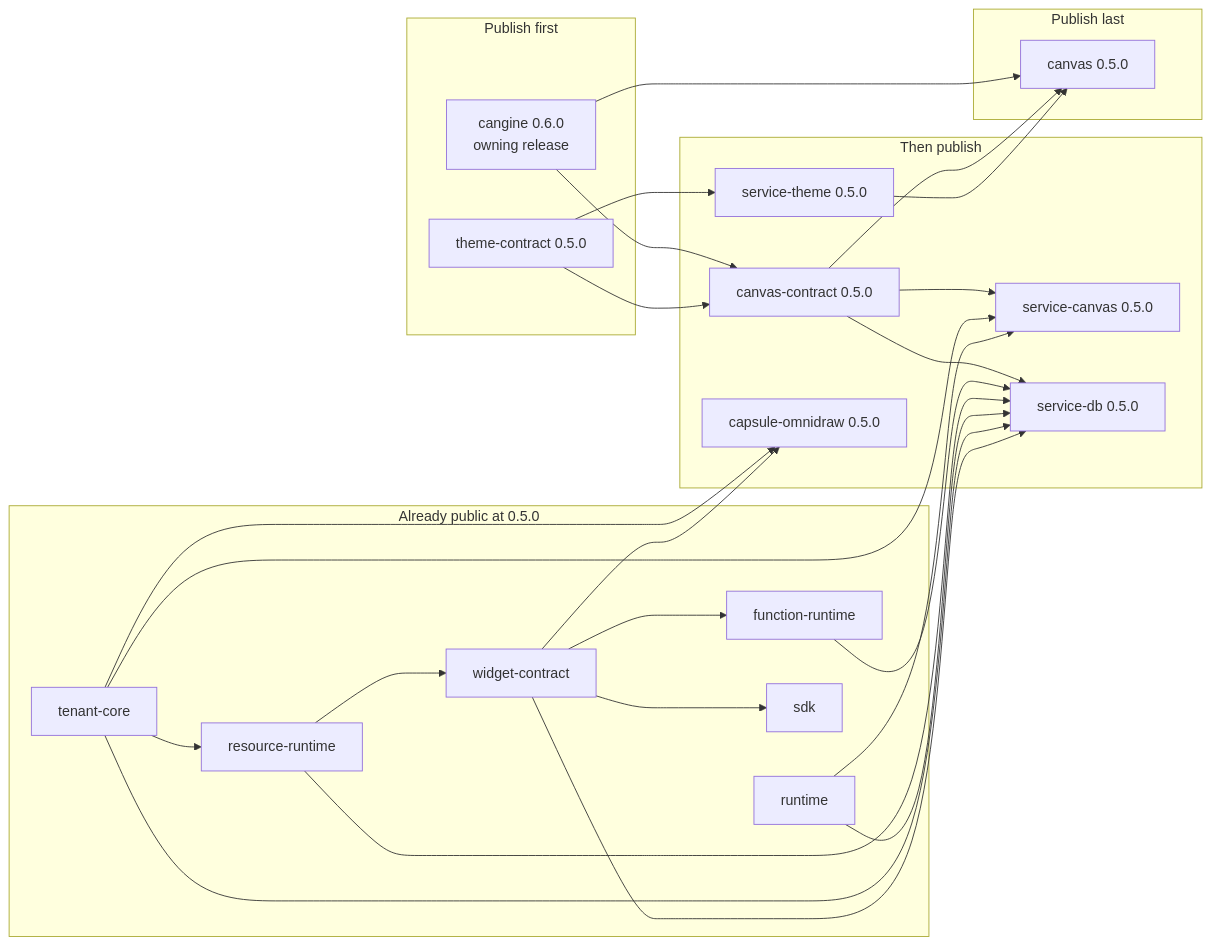
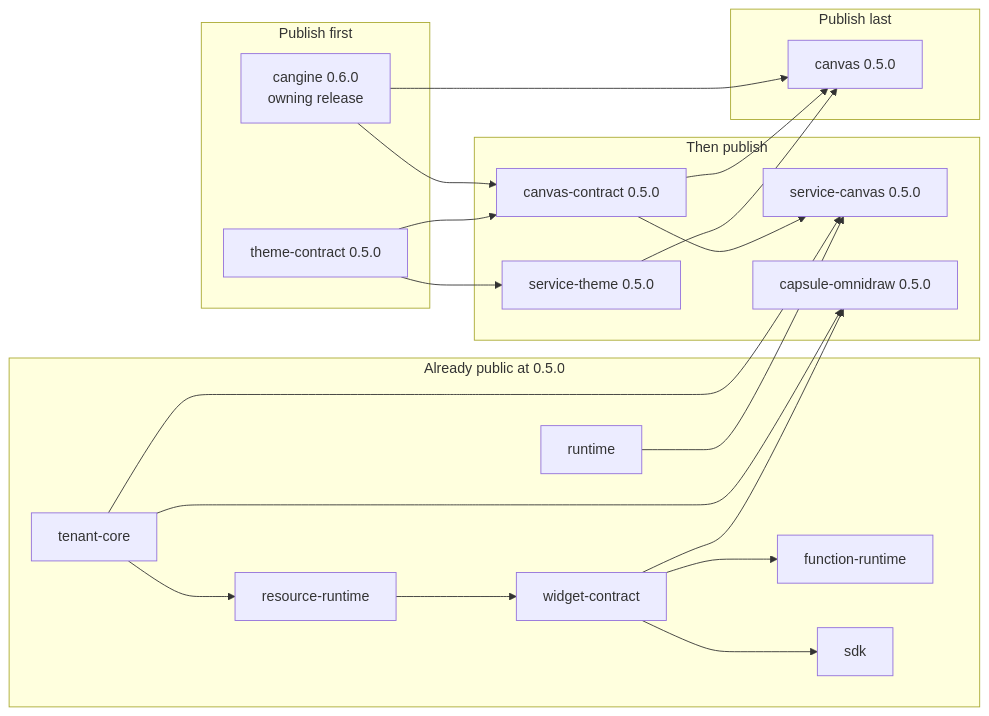
The diagram in tasks/d/D5.md (omnidraw/omnidraw), drawn with Mermaid before and after one commit. The commit also changed other lines of this file and 8 other files, not shown here.

````diff
--- a/tasks/d/D5.md
+++ b/tasks/d/D5.md
@@ -64,48 +67,41 @@
 ```mermaid
 flowchart LR
   subgraph Existing["Already public at 0.5.0"]
     Tenant["tenant-core"]
     Runtime["runtime"]
     Resource["resource-runtime"]
     Widget["widget-contract"]
     Function["function-runtime"]
     SDK["sdk"]
   end
 
   subgraph Prerequisites["Publish first"]
     Cangine["cangine 0.6.0<br/>owning release"]
     ThemeContract["theme-contract 0.5.0"]
   end
 
   subgraph ServerAndHost["Then publish"]
     CanvasContract["canvas-contract 0.5.0"]
     ServiceTheme["service-theme 0.5.0"]
     ServiceCanvas["service-canvas 0.5.0"]
-    ServiceDb["service-db 0.5.0"]
     CapsuleOmnidraw["capsule-omnidraw 0.5.0"]
   end
 
   subgraph Browser["Publish last"]
     Canvas["canvas 0.5.0"]
   end
 
   Tenant --> Resource --> Widget --> Function
   Widget --> SDK
   Cangine --> CanvasContract
   ThemeContract --> CanvasContract
   ThemeContract --> ServiceTheme
   CanvasContract --> ServiceCanvas
   Tenant --> ServiceCanvas
   Runtime --> ServiceCanvas
-  CanvasContract --> ServiceDb
-  Function --> ServiceDb
-  Resource --> ServiceDb
-  Runtime --> ServiceDb
-  Tenant --> ServiceDb
-  Widget --> ServiceDb
   Tenant --> CapsuleOmnidraw
   Widget --> CapsuleOmnidraw
   CanvasContract --> Canvas
   ServiceTheme --> Canvas
   Cangine --> Canvas
 ```
````
